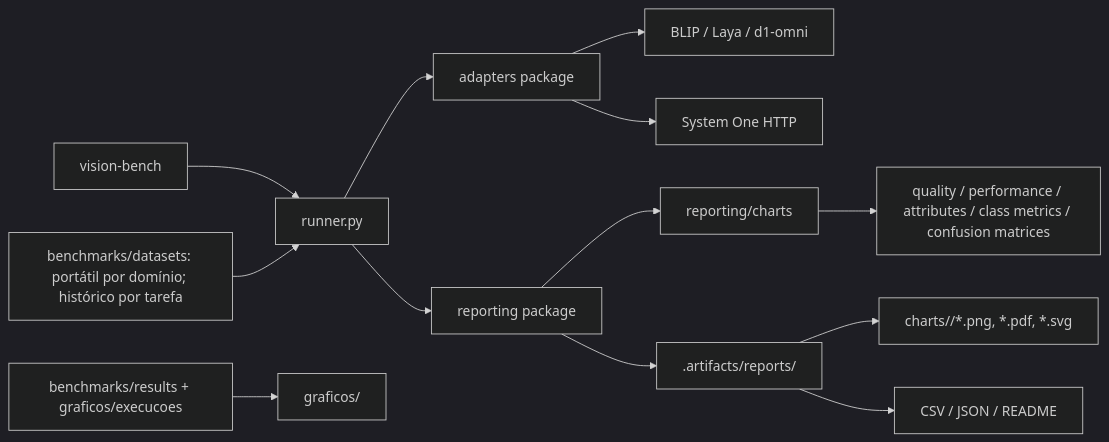
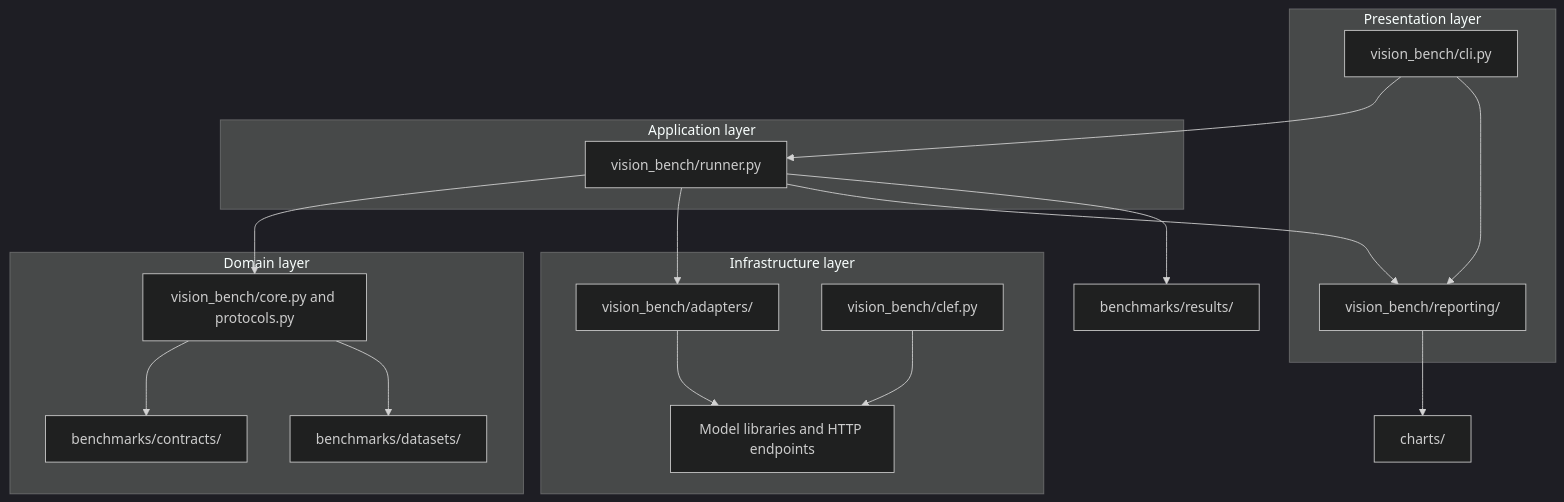
The diagram in docs/PROJECT_STRUCTURE.md (lowgue/SystemOneTesting), drawn with Mermaid (dark theme) before and after one commit. The commit also changed other lines of this file and 213 other files, not shown here.

````diff
--- a/docs/PROJECT_STRUCTURE.md
+++ b/docs/PROJECT_STRUCTURE.md
@@ -3,15 +7,31 @@
 ```mermaid
-flowchart LR
-  CLI[vision-bench] --> Runner[runner.py]
-  Runner --> Adapters[adapters package]
-  Adapters --> Local[BLIP / Laya / d1-omni]
-  Adapters --> HTTP[System One HTTP]
-  Runner --> Reporting[reporting package]
-  Reporting --> Charts[reporting/charts]
-  Charts --> GraphTypes[quality / performance / attributes / class metrics / confusion matrices]
-  Reporting --> Data[".artifacts/reports/<run>"]
-  Data --> GraphOutputs["charts/<type>/*.png, *.pdf, *.svg"]
-  Data --> Tables["CSV / JSON / README"]
-  Datasets["benchmarks/datasets: portátil por domínio; histórico por tarefa"] --> Runner
-  Historical["benchmarks/results + graficos/execucoes"] --> Graphics["graficos/<caracteristica>"]
+flowchart TD
+  subgraph Presentation[Presentation layer]
+    CLI[vision_bench/cli.py]
+    Reports[vision_bench/reporting/]
+  end
+  subgraph Application[Application layer]
+    Runner[vision_bench/runner.py]
+  end
+  subgraph Domain[Domain layer]
+    Rules[vision_bench/core.py and protocols.py]
+    Contracts[benchmarks/contracts/]
+    Datasets[benchmarks/datasets/]
+  end
+  subgraph Infrastructure[Infrastructure layer]
+    Adapters[vision_bench/adapters/]
+    Clef[vision_bench/clef.py]
+    External[Model libraries and HTTP endpoints]
+  end
+  CLI --> Runner
+  CLI --> Reports
+  Runner --> Rules
+  Runner --> Adapters
+  Runner --> Reports
+  Rules --> Contracts
+  Rules --> Datasets
+  Adapters --> External
+  Clef --> External
+  Runner --> Results[benchmarks/results/]
+  Reports --> Charts[charts/]
 ```
````
